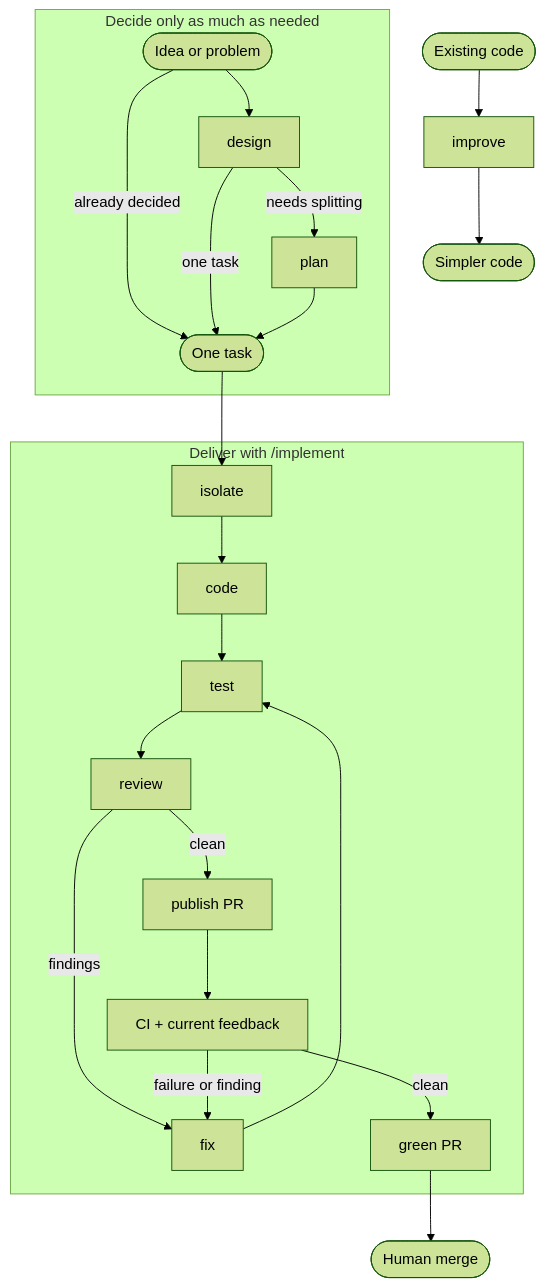
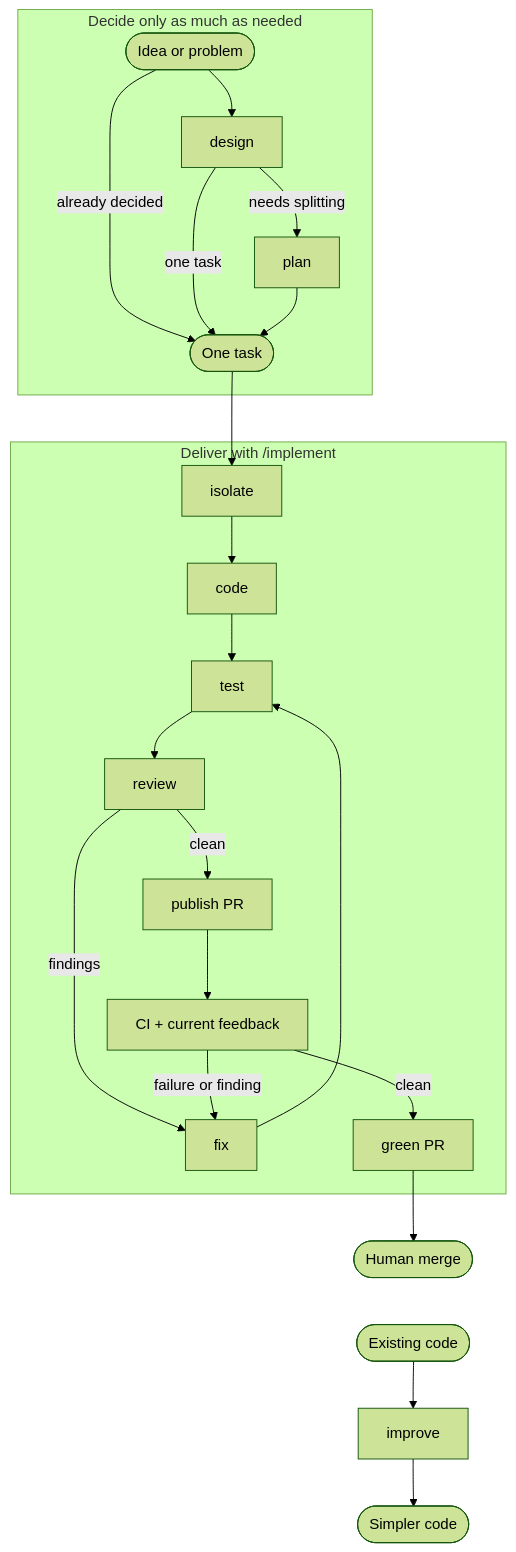
The diagram in README.md (owainlewis/blueprint), drawn with Mermaid (forest theme) before and after one commit.

Commit message:
docs: improve mobile diagram layout

````diff
--- a/README.md
+++ b/README.md
@@ -30,20 +30,21 @@
 ```mermaid
 flowchart TB
     subgraph Decide["Decide only as much as needed"]
         Idea([Idea or problem]) --> Design["design"]
         Idea -->|already decided| Task([One task])
         Design -->|one task| Task
         Design -->|needs splitting| Plan["plan"] --> Task
     end
 
     subgraph Deliver["Deliver with /implement"]
         Task --> Isolate["isolate"] --> Code["code"] --> Test["test"] --> Review["review"]
         Review -->|findings| Fix["fix"] --> Test
         Review -->|clean| Publish["publish PR"] --> Validate["CI + current feedback"]
         Validate -->|failure or finding| Fix
         Validate -->|clean| PR["green PR"]
     end
 
     PR --> Merge([Human merge])
+    Merge ~~~ Existing
     Existing([Existing code]) --> Improve["improve"] --> Simpler([Simpler code])
 ```
````
